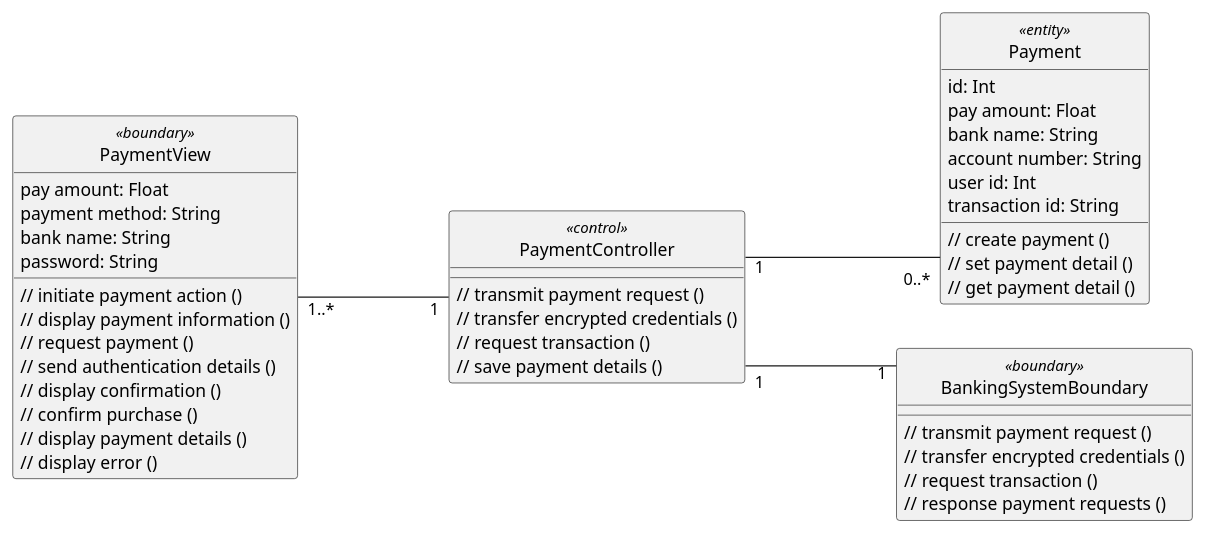
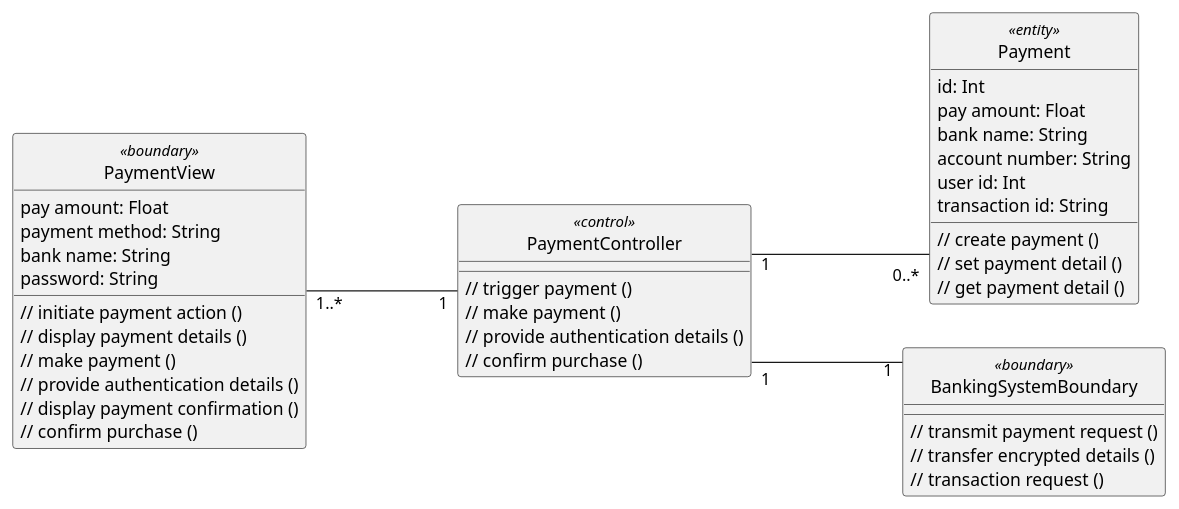
Before and after one commit to anhbanlinhle/velocity-exchange: the diagram in uml/analysis/class/make_payment.puml, drawn with PlantUML.

Commit message:
doc[lynn]: analysis vopc no. 8

```diff
--- a/uml/analysis/class/make_payment.puml
+++ b/uml/analysis/class/make_payment.puml
@@ -1,58 +1,55 @@
 @startuml 
 skinparam classAttributeIconSize 0
 skinparam linetype ortho
 left to right direction
 hide circle
 class PaymentView <<boundary>> {
     pay amount: Float
     payment method: String
     bank name: String
     password: String
 
     // initiate payment action ()
-    // display payment information ()
-    // request payment ()
-    // send authentication details ()
-    // display confirmation ()
+    // display payment details ()
+    // make payment ()
+    // provide authentication details ()
+    // display payment confirmation ()
     // confirm purchase ()
-    // display payment details ()
-    // display error ()
 
     }
 
 class PaymentController <<control>> {
-    // transmit payment request ()
-    // transfer encrypted credentials ()
-    // request transaction ()
-    // save payment details ()
+    // trigger payment ()
+    // make payment ()
+    // provide authentication details ()
+    // confirm purchase ()
 
     }
 
 class Payment <<entity>> {
     id: Int
     pay amount: Float
     bank name: String
     account number: String
     user id: Int
     transaction id: String
     // create payment ()
     // set payment detail ()
     // get payment detail ()
 
     }
 
 class BankingSystemBoundary <<boundary>> {
     // transmit payment request ()
-    // transfer encrypted credentials ()
-    // request transaction ()
-    // response payment requests ()
+    // transfer encrypted details ()
+    // transaction request ()
 
     }
 
 PaymentView "1..*" --- "1" PaymentController
 
 PaymentController "1" --- "0..*" Payment
 
 PaymentController "1" --- "1" BankingSystemBoundary
 
 @enduml
```
